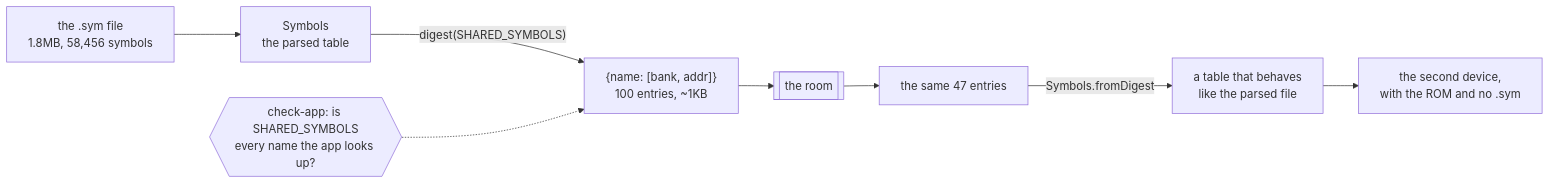
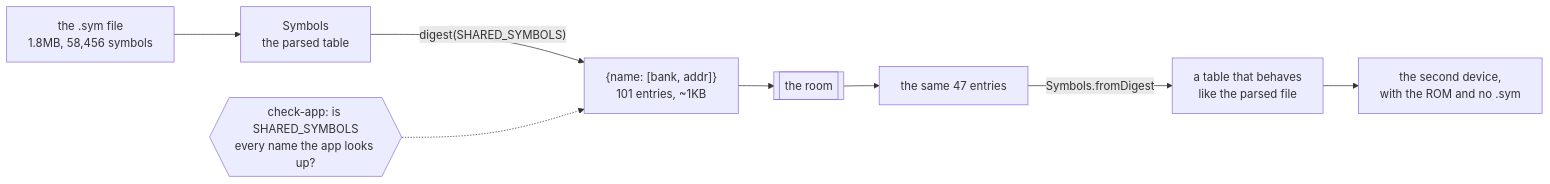
Diagram 50 of 51 in docs/CODE.md (minormending/crystal-pilot-mobile), drawn with Mermaid before and after one commit. The commit also changed other lines of this file and 19 other files, not shown here.

````diff
--- a/docs/CODE.md
+++ b/docs/CODE.md
@@ -6780,10 +6810,10 @@
 ```mermaid
 flowchart LR
     F["the .sym file<br/>1.8MB, 58,456 symbols"] --> S["Symbols<br/>the parsed table"]
-    S -->|"digest(SHARED_SYMBOLS)"| D["{name: [bank, addr]}<br/>100 entries, ~1KB"]
+    S -->|"digest(SHARED_SYMBOLS)"| D["{name: [bank, addr]}<br/>101 entries, ~1KB"]
     D --> R[["the room"]]
     R --> D2["the same 47 entries"]
     D2 -->|"Symbols.fromDigest"| T["a table that behaves<br/>like the parsed file"]
     T --> APP["the second device,<br/>with the ROM and no .sym"]
     C{{"check-app: is SHARED_SYMBOLS<br/>every name the app looks up?"}} -.-> D
 ```
````
